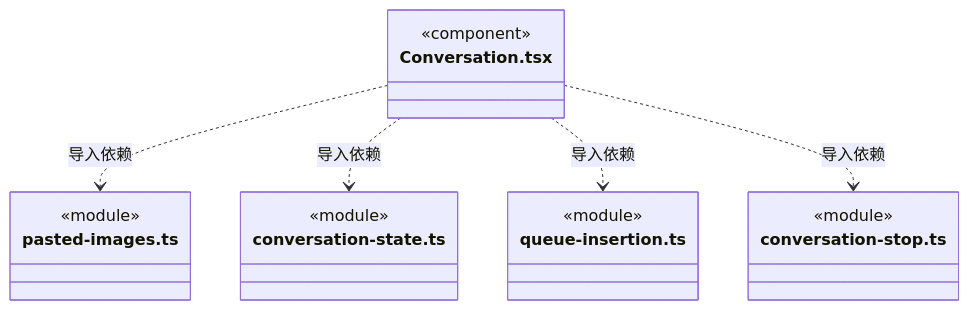
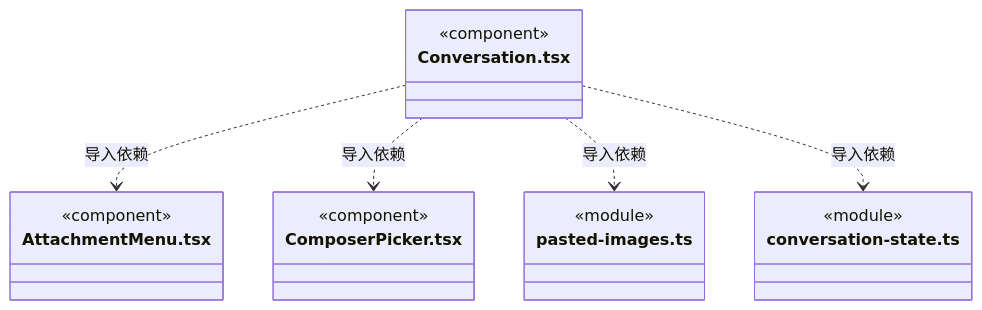
Diagram 43 of 50 in src/view/conversation/ARCHITECTURE.md (nan023062/cbim), drawn with Mermaid before and after one commit. The commit also changed other lines of this file and 24 other files, not shown here.

````diff
--- a/src/view/conversation/ARCHITECTURE.md
+++ b/src/view/conversation/ARCHITECTURE.md
@@ -588,22 +632,22 @@
 ```mermaid
 classDiagram
 class N_src_view_conversation_Conversation_tsx["Conversation.tsx"] {
+  <<component>>
+}
+class N_src_view_conversation_AttachmentMenu_tsx["AttachmentMenu.tsx"] {
+  <<component>>
+}
+class N_src_view_conversation_ComposerPicker_tsx["ComposerPicker.tsx"] {
   <<component>>
 }
 class N_src_view_conversation_pasted_images_ts["pasted-images.ts"] {
   <<module>>
 }
 class N_src_view_conversation_conversation_state_ts["conversation-state.ts"] {
   <<module>>
 }
-class N_src_view_conversation_queue_insertion_ts["queue-insertion.ts"] {
-  <<module>>
-}
-class N_src_view_conversation_conversation_stop_ts["conversation-stop.ts"] {
-  <<module>>
-}
+N_src_view_conversation_Conversation_tsx ..> N_src_view_conversation_AttachmentMenu_tsx : 导入依赖
+N_src_view_conversation_Conversation_tsx ..> N_src_view_conversation_ComposerPicker_tsx : 导入依赖
 N_src_view_conversation_Conversation_tsx ..> N_src_view_conversation_pasted_images_ts : 导入依赖
 N_src_view_conversation_Conversation_tsx ..> N_src_view_conversation_conversation_state_ts : 导入依赖
-N_src_view_conversation_Conversation_tsx ..> N_src_view_conversation_queue_insertion_ts : 导入依赖
-N_src_view_conversation_Conversation_tsx ..> N_src_view_conversation_conversation_stop_ts : 导入依赖
 ```
````
